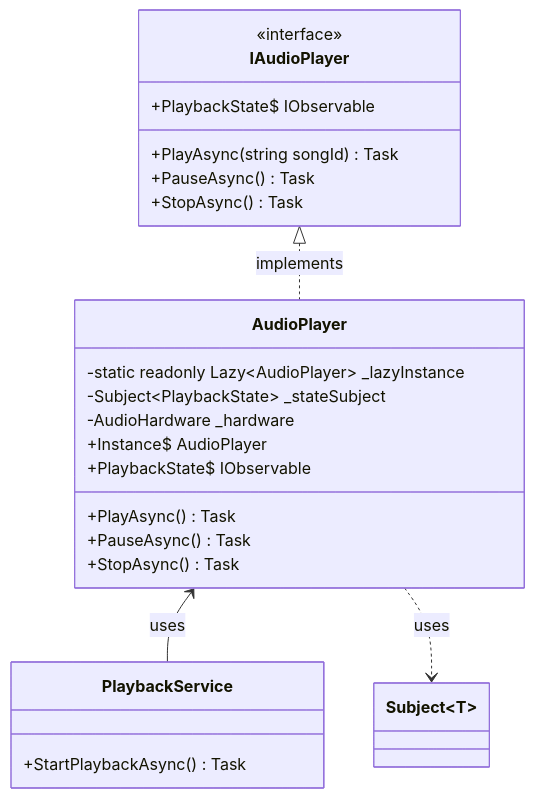
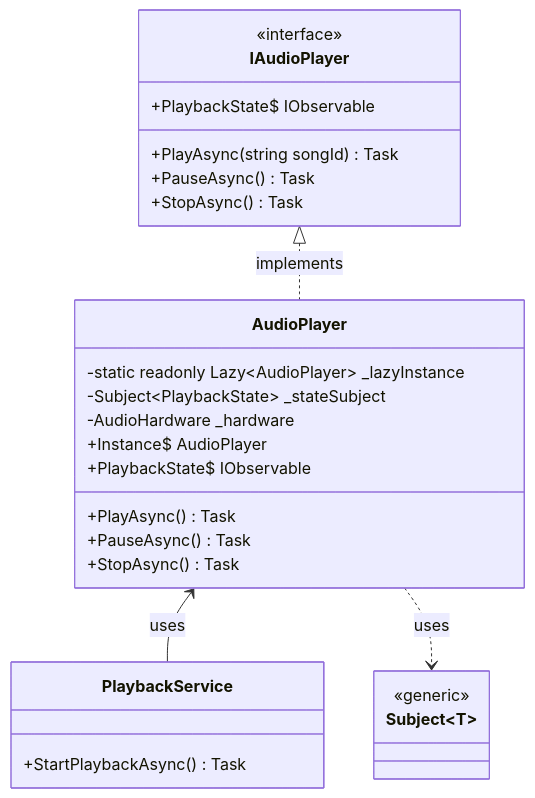
The first of 5 diagrams in Design Patterns/Design Patterns: Part 2 - Creational Patterns Deep Dive.md (Vineet-Sharma-Medium-Stories/Medium-Build-Tool), drawn with Mermaid before and after one commit. The commit also changed other lines of this file and 22 other files, not shown here.

````diff
--- a/Design Patterns/Design Patterns: Part 2 - Creational Patterns Deep Dive.md
+++ b/Design Patterns/Design Patterns: Part 2 - Creational Patterns Deep Dive.md
@@ -51,27 +49,31 @@
 ```mermaid
 classDiagram
     class IAudioPlayer {
         <<interface>>
         +PlayAsync(string songId) Task
         +PauseAsync() Task
         +StopAsync() Task
         +PlaybackState$ IObservable
     }
     class AudioPlayer {
         -static readonly Lazy~AudioPlayer~ _lazyInstance
         -Subject~PlaybackState~ _stateSubject
         -AudioHardware _hardware
         +Instance$ AudioPlayer
         +PlayAsync() Task
         +PauseAsync() Task
         +StopAsync() Task
         +PlaybackState$ IObservable
     }
     class PlaybackService {
         +StartPlaybackAsync() Task
     }
+    class Subject~T~ {
+        <<generic>>
+    }
     
     IAudioPlayer <|.. AudioPlayer : implements
     AudioPlayer <-- PlaybackService : uses
     AudioPlayer ..> Subject~T~ : uses
+
 ```
````
